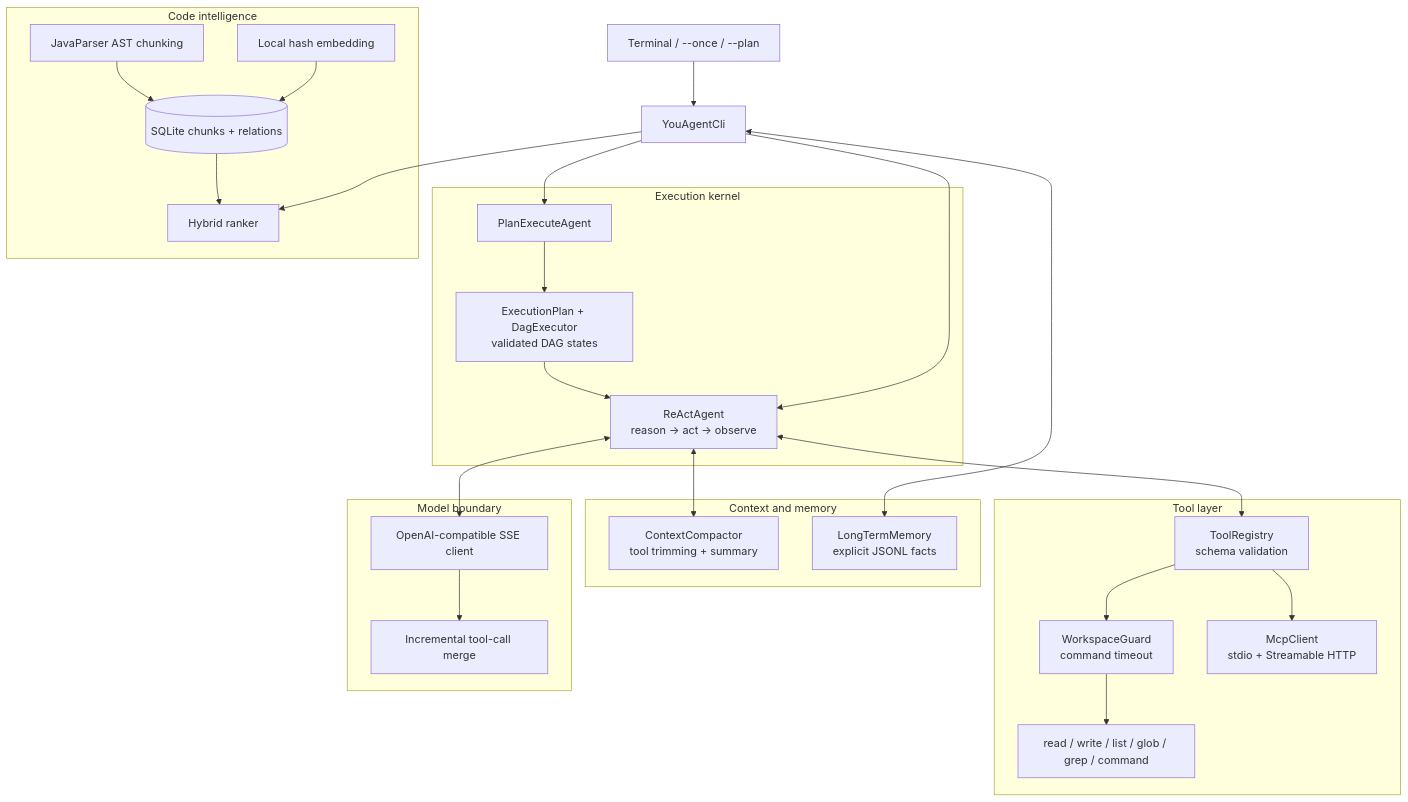
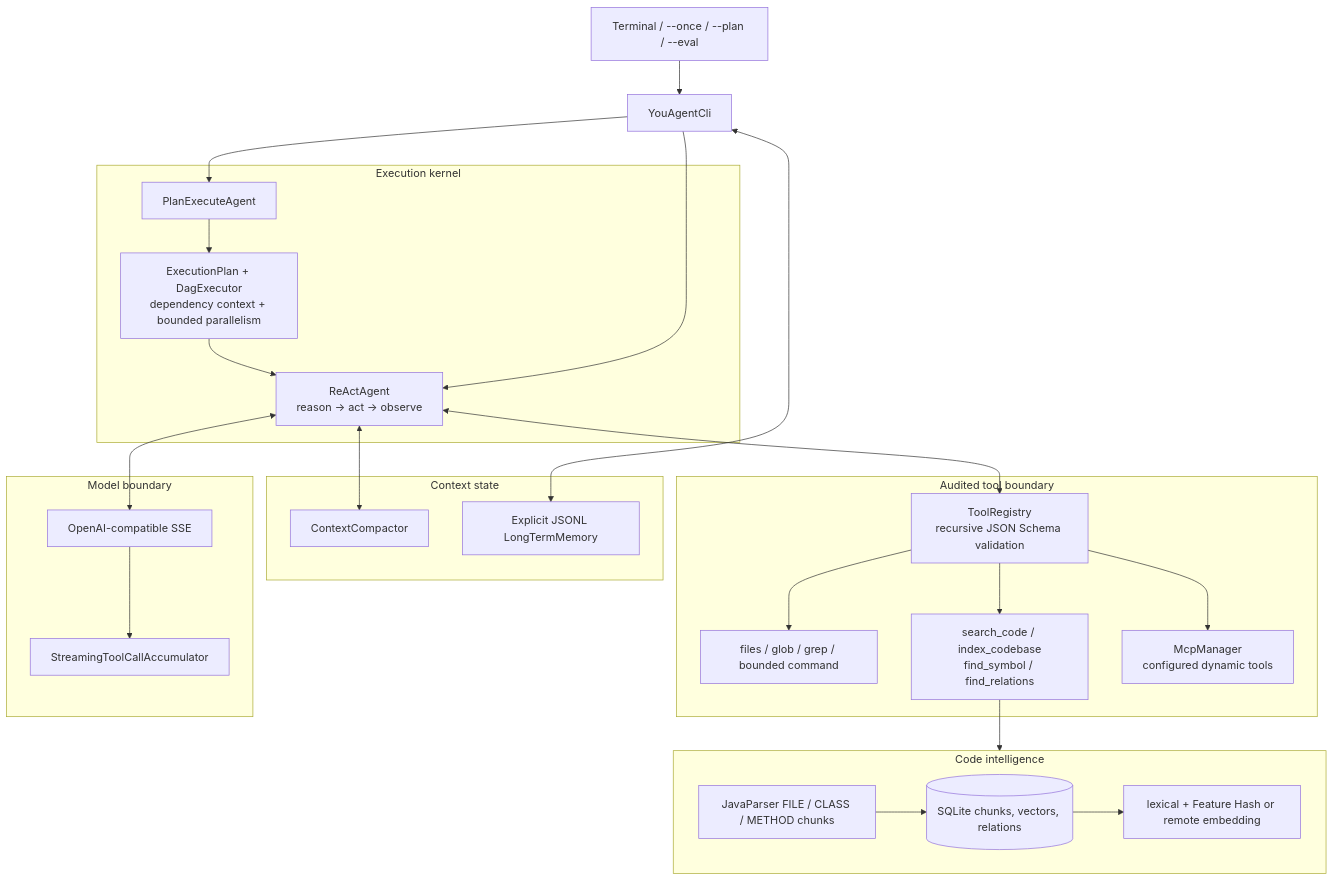
The first of 3 diagrams in README.md (Linji-x/you-agent-cli), drawn with Mermaid before and after one commit. The commit also changed other lines of this file and 7 other files, not shown here.

````diff
--- a/README.md
+++ b/README.md
@@ -22,50 +69,46 @@
 ```mermaid
 flowchart TB
-    U[Terminal / --once / --plan] --> CLI[YouAgentCli]
+    U[Terminal / --once / --plan / --eval] --> CLI[YouAgentCli]
 
     subgraph Kernel[Execution kernel]
         REACT[ReActAgent<br/>reason → act → observe]
         PLAN[PlanExecuteAgent]
-        DAG[ExecutionPlan + DagExecutor<br/>validated DAG states]
-        PLAN --> DAG
-        DAG --> REACT
+        DAG[ExecutionPlan + DagExecutor<br/>dependency context + bounded parallelism]
+        PLAN --> DAG --> REACT
     end
-
     CLI --> REACT
     CLI --> PLAN
 
-    subgraph Context[Context and memory]
-        COMPACT[ContextCompactor<br/>tool trimming + summary]
-        LTM[LongTermMemory<br/>explicit JSONL facts]
-    end
-    REACT <--> COMPACT
-    CLI <--> LTM
-
-    subgraph Tools[Tool layer]
-        REG[ToolRegistry<br/>schema validation]
-        POLICY[WorkspaceGuard<br/>command timeout]
-        BUILTIN[read / write / list / glob / grep / command]
-        MCP[McpClient<br/>stdio + Streamable HTTP]
-        REG --> POLICY --> BUILTIN
+    subgraph Tooling[Audited tool boundary]
+        REG[ToolRegistry<br/>recursive JSON Schema validation]
+        BUILTIN[files / glob / grep / bounded command]
+        CODE[search_code / index_codebase<br/>find_symbol / find_relations]
+        MCP[McpManager<br/>configured dynamic tools]
+        REG --> BUILTIN
+        REG --> CODE
         REG --> MCP
     end
     REACT <--> REG
 
     subgraph Retrieval[Code intelligence]
-        AST[JavaParser AST chunking]
-        EMB[Local hash embedding]
-        DB[(SQLite chunks + relations)]
-        SEARCH[Hybrid ranker]
-        AST --> DB
-        EMB --> DB
-        DB --> SEARCH
+        AST[JavaParser FILE / CLASS / METHOD chunks]
+        DB[(SQLite chunks, vectors, relations)]
+        RANK[lexical + Feature Hash or remote embedding]
+        AST --> DB --> RANK
     end
-    CLI --> SEARCH
+    CODE --> Retrieval
+
+    subgraph Context[Context state]
+        COMPACT[ContextCompactor]
+        MEMORY[Explicit JSONL LongTermMemory]
+    end
+    REACT <--> COMPACT
+    CLI <--> MEMORY
 
     subgraph Provider[Model boundary]
-        STREAM[OpenAI-compatible SSE client]
-        MERGE[Incremental tool-call merge]
-        STREAM --> MERGE
+        SSE[OpenAI-compatible SSE]
+        MERGE[StreamingToolCallAccumulator]
+        SSE --> MERGE
     end
-    REACT <--> STREAM
+    REACT <--> SSE
 ```
````
